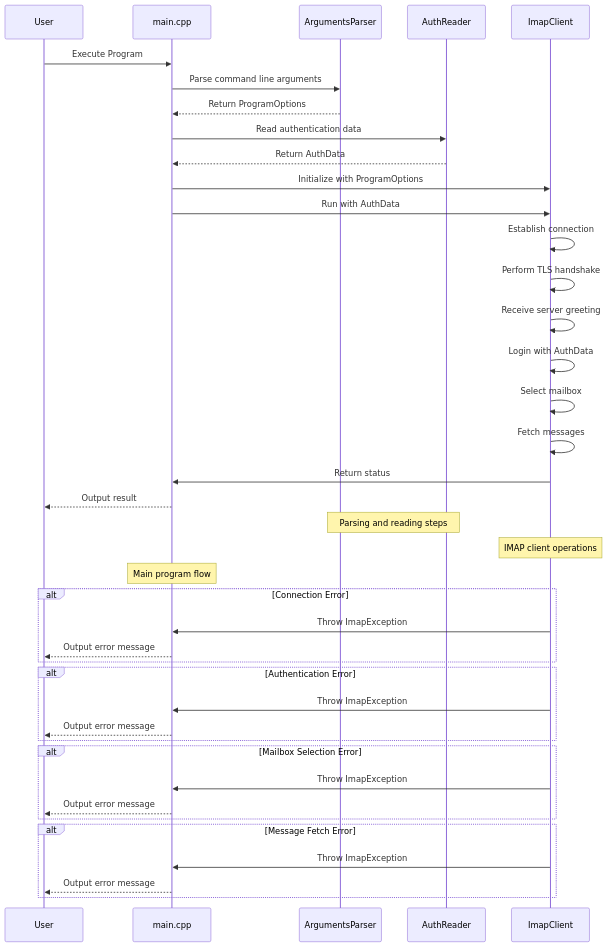
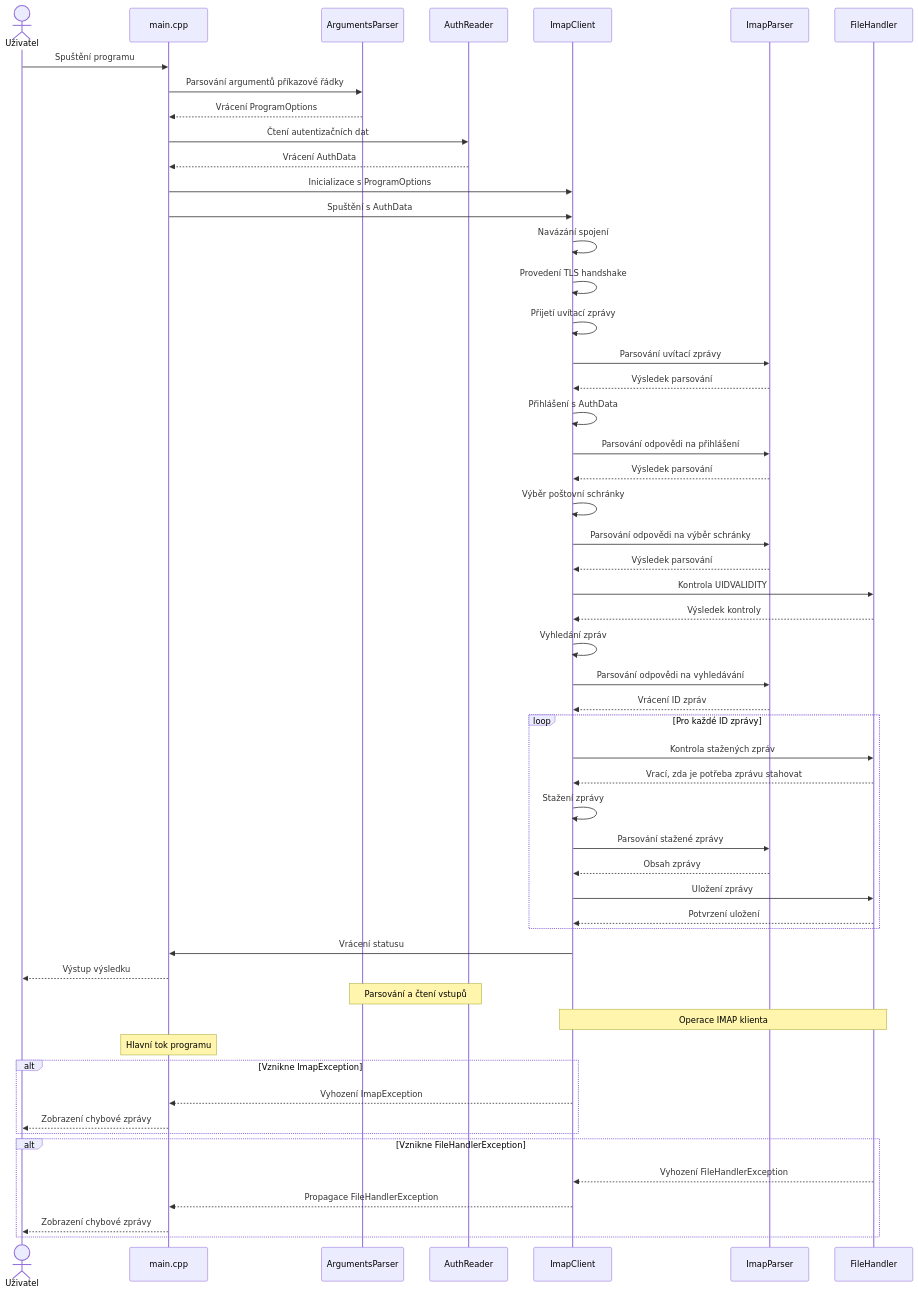
One commit to 7dix/IMAP-Client changed the diagram in docs/sequence.md. Above: the diagram before and after it, drawn with Mermaid. The commit also changed 1 other file, not shown here.

Commit message:
feat: added 2 sequence diagrams

````diff
--- a/docs/sequence.md
+++ b/docs/sequence.md
@@ -3,48 +3,56 @@
 ```mermaid
 sequenceDiagram
-    participant User
-    participant Main as main.cpp
-    participant ArgsParser as ArgumentsParser
-    participant AuthReader as AuthReader
-    participant ImapClient as ImapClient
-
-    User->>Main: Execute Program
-    Main->>ArgsParser: Parse command line arguments
-    ArgsParser-->>Main: Return ProgramOptions
-    Main->>AuthReader: Read authentication data
-    AuthReader-->>Main: Return AuthData
-    Main->>ImapClient: Initialize with ProgramOptions
-    Main->>ImapClient: Run with AuthData
-    ImapClient->>ImapClient: Establish connection
-    ImapClient->>ImapClient: Perform TLS handshake
-    ImapClient->>ImapClient: Receive server greeting
-    ImapClient->>ImapClient: Login with AuthData
-    ImapClient->>ImapClient: Select mailbox
-    ImapClient->>ImapClient: Fetch messages
-    ImapClient->>Main: Return status
-    Main-->>User: Output result
-
-    note over ArgsParser,AuthReader: Parsing and reading steps
-    note over ImapClient: IMAP client operations
-    note over Main: Main program flow
-
-    alt Connection Error
-        ImapClient->>Main: Throw ImapException
-        Main-->>User: Output error message
-    end
-
-    alt Authentication Error
-        ImapClient->>Main: Throw ImapException
-        Main-->>User: Output error message
-    end
-
-    alt Mailbox Selection Error
-        ImapClient->>Main: Throw ImapException
-        Main-->>User: Output error message
-    end
-
-    alt Message Fetch Error
-        ImapClient->>Main: Throw ImapException
-        Main-->>User: Output error message
-    end
+  actor User as Uživatel
+  participant Main as main.cpp
+  participant ArgsParser as ArgumentsParser
+  participant AuthReader as AuthReader
+  participant ImapClient as ImapClient
+  participant ImapParser as ImapParser
+  participant FileHandler as FileHandler
+  User ->> Main: Spuštění programu
+  Main ->> ArgsParser: Parsování argumentů příkazové řádky
+  ArgsParser -->> Main: Vrácení ProgramOptions
+  Main ->> AuthReader: Čtení autentizačních dat
+  AuthReader -->> Main: Vrácení AuthData
+  Main ->> ImapClient: Inicializace s ProgramOptions
+  Main ->> ImapClient: Spuštění s AuthData
+  ImapClient ->> ImapClient: Navázání spojení
+  ImapClient ->> ImapClient: Provedení TLS handshake
+  ImapClient ->> ImapClient: Přijetí uvítací zprávy
+  ImapClient ->> ImapParser: Parsování uvítací zprávy
+  ImapParser -->> ImapClient: Výsledek parsování
+  ImapClient ->> ImapClient: Přihlášení s AuthData
+  ImapClient ->> ImapParser: Parsování odpovědi na přihlášení
+  ImapParser -->> ImapClient: Výsledek parsování
+  ImapClient ->> ImapClient: Výběr poštovní schránky
+  ImapClient ->> ImapParser: Parsování odpovědi na výběr schránky
+  ImapParser -->> ImapClient: Výsledek parsování
+  ImapClient ->> FileHandler: Kontrola UIDVALIDITY
+  FileHandler -->> ImapClient: Výsledek kontroly
+  ImapClient ->> ImapClient: Vyhledání zpráv
+  ImapClient ->> ImapParser: Parsování odpovědi na vyhledávání
+  ImapParser -->> ImapClient: Vrácení ID zpráv
+  loop Pro každé ID zprávy
+    ImapClient ->> FileHandler: Kontrola stažených zpráv
+    FileHandler -->> ImapClient: Vrací, zda je potřeba zprávu stahovat
+    ImapClient ->> ImapClient: Stažení zprávy
+    ImapClient ->> ImapParser: Parsování stažené zprávy
+    ImapParser -->> ImapClient: Obsah zprávy
+    ImapClient ->> FileHandler: Uložení zprávy
+    FileHandler -->> ImapClient: Potvrzení uložení
+  end
+  ImapClient ->> Main: Vrácení statusu
+  Main -->> User: Výstup výsledku
+  Note over ArgsParser, AuthReader: Parsování a čtení vstupů
+  Note over ImapClient, FileHandler: Operace IMAP klienta
+  Note over Main: Hlavní tok programu
+  alt Vznikne ImapException
+    ImapClient -->> Main: Vyhození ImapException
+    Main -->> User: Zobrazení chybové zprávy
+  end
+  alt Vznikne FileHandlerException
+    FileHandler -->> ImapClient: Vyhození FileHandlerException
+    ImapClient -->> Main: Propagace FileHandlerException
+    Main -->> User: Zobrazení chybové zprávy
+  end
 ```
````
